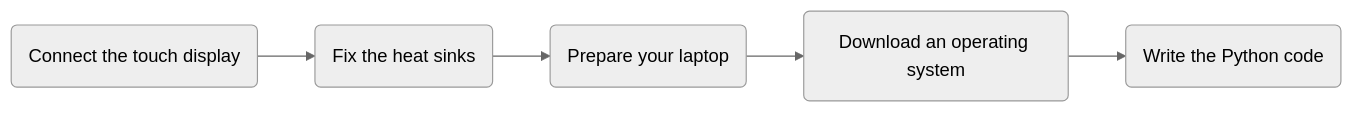
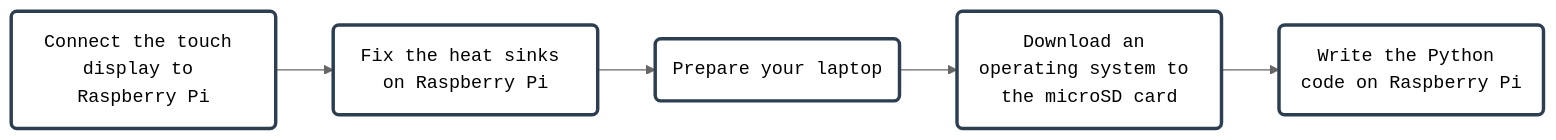
One commit to AninditaBasu/pi-projects changed the diagram in _includes/mermaid_photo_frame.md. Above: the diagram before and after it, drawn with Mermaid (neutral theme). The commit also changed 4 other files, not shown here.

```diff
--- a/_includes/mermaid_photo_frame.md
+++ b/_includes/mermaid_photo_frame.md
@@ -1,13 +1,16 @@
 <div class="mermaid">
 flowchart LR
-    A(Connect the touch display) --> B(Fix the heat sinks)
+    A(Connect the touch display to Raspberry Pi) --> B(Fix the heat sinks on Raspberry Pi)
     B --> C(Prepare your laptop)
-    C --> D(Download an operating system)
-    D --> E(Write the Python code)
+    C --> D(Download an operating system to the microSD card)
+    D --> E(Write the Python code on Raspberry Pi)
 	
 	click A "https://aninditabasu.github.io/pi-projects/topics/pi_3b_attach_display.html"
 	click B "https://aninditabasu.github.io/pi-projects/topics/pi_3b_attach_heatsink.html"
 	click C "https://aninditabasu.github.io/pi-projects/topics/set_up_laptop.html"
 	click D "https://aninditabasu.github.io/pi-projects/topics/pi_3b_install_os.html"
 	click E "https://aninditabasu.github.io/pi-projects/topics/python_photo_frame.html"
+	
+	classDef boxstyle fill:white,stroke:#2c3e50,stroke-width:3px,font-family: monospace;
+    class A,B,C,D,E boxstyle;
 </div>
```
